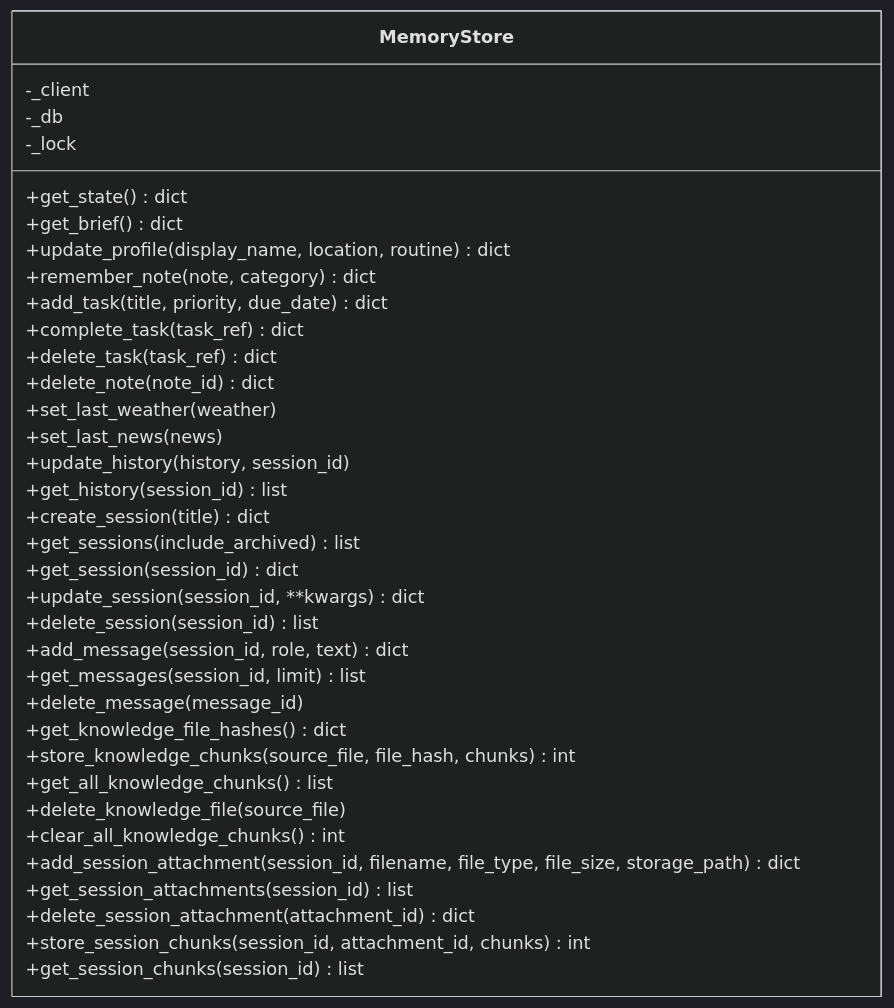
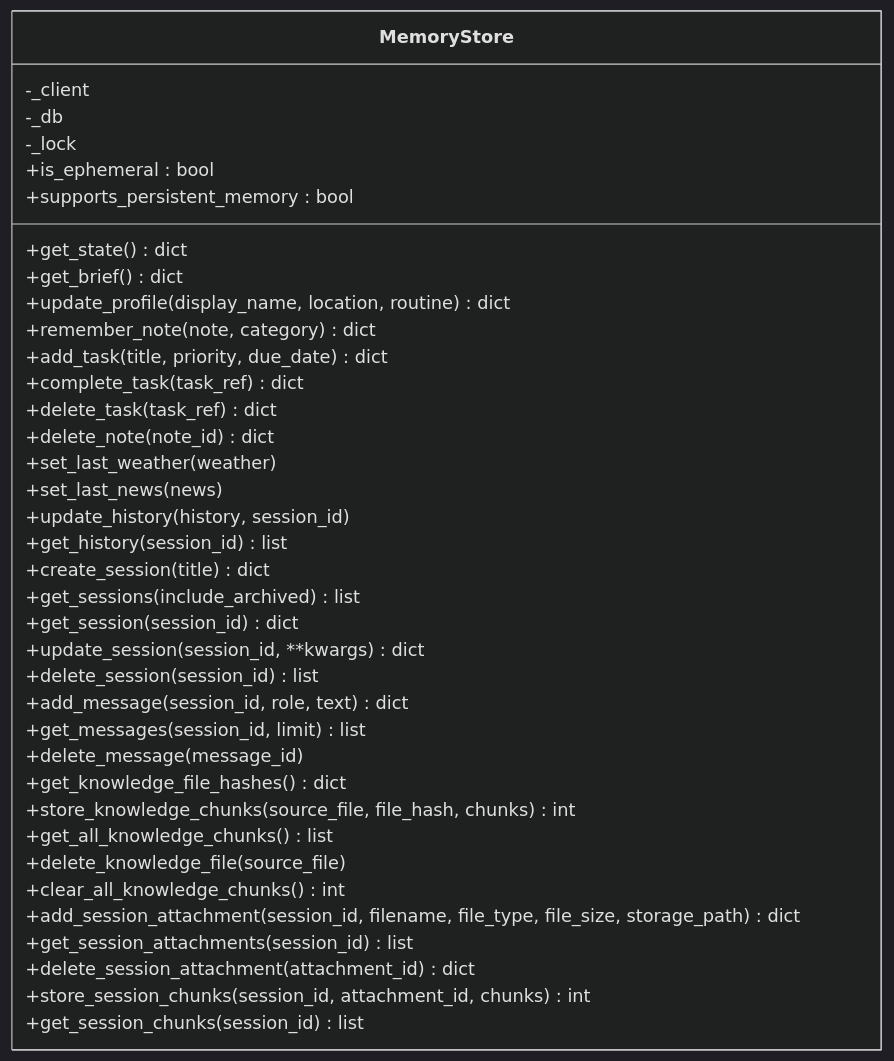
The fourth of 11 diagrams in .qoder/repowiki/en/content/System Architecture/Backend Architecture/Backend Architecture.md (Sovetsky-Soyuz/AI-Assistant), drawn with Mermaid (dark theme) before and after one commit. The commit also changed other lines of this file and 15 other files, not shown here.

````diff
--- a/.qoder/repowiki/en/content/System Architecture/Backend Architecture/Backend Architecture.md
+++ b/.qoder/repowiki/en/content/System Architecture/Backend Architecture/Backend Architecture.md
@@ -216,38 +252,40 @@
 ```mermaid
 classDiagram
 class MemoryStore {
 -_client
 -_db
 -_lock
++is_ephemeral : bool
++supports_persistent_memory : bool
 +get_state() dict
 +get_brief() dict
 +update_profile(display_name, location, routine) dict
 +remember_note(note, category) dict
 +add_task(title, priority, due_date) dict
 +complete_task(task_ref) dict
 +delete_task(task_ref) dict
 +delete_note(note_id) dict
 +set_last_weather(weather)
 +set_last_news(news)
 +update_history(history, session_id)
 +get_history(session_id) list
 +create_session(title) dict
 +get_sessions(include_archived) list
 +get_session(session_id) dict
 +update_session(session_id, **kwargs) dict
 +delete_session(session_id) list
 +add_message(session_id, role, text) dict
 +get_messages(session_id, limit) list
 +delete_message(message_id)
 +get_knowledge_file_hashes() dict
 +store_knowledge_chunks(source_file, file_hash, chunks) int
 +get_all_knowledge_chunks() list
 +delete_knowledge_file(source_file)
 +clear_all_knowledge_chunks() int
 +add_session_attachment(session_id, filename, file_type, file_size, storage_path) dict
 +get_session_attachments(session_id) list
 +delete_session_attachment(attachment_id) dict
 +store_session_chunks(session_id, attachment_id, chunks) int
 +get_session_chunks(session_id) list
 }
 ```
````
